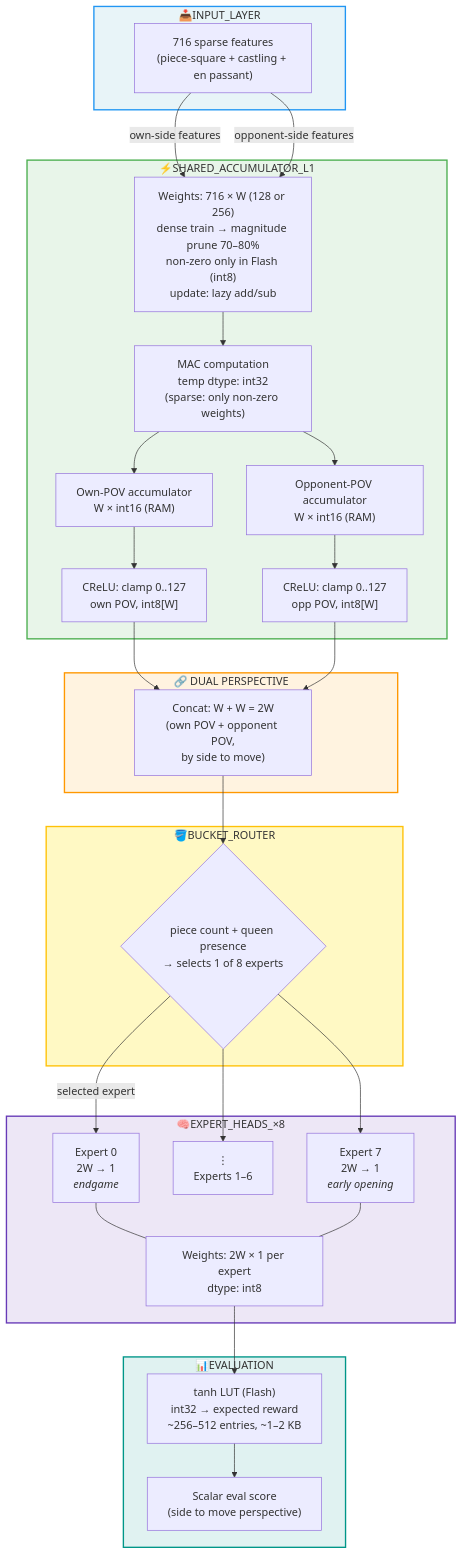
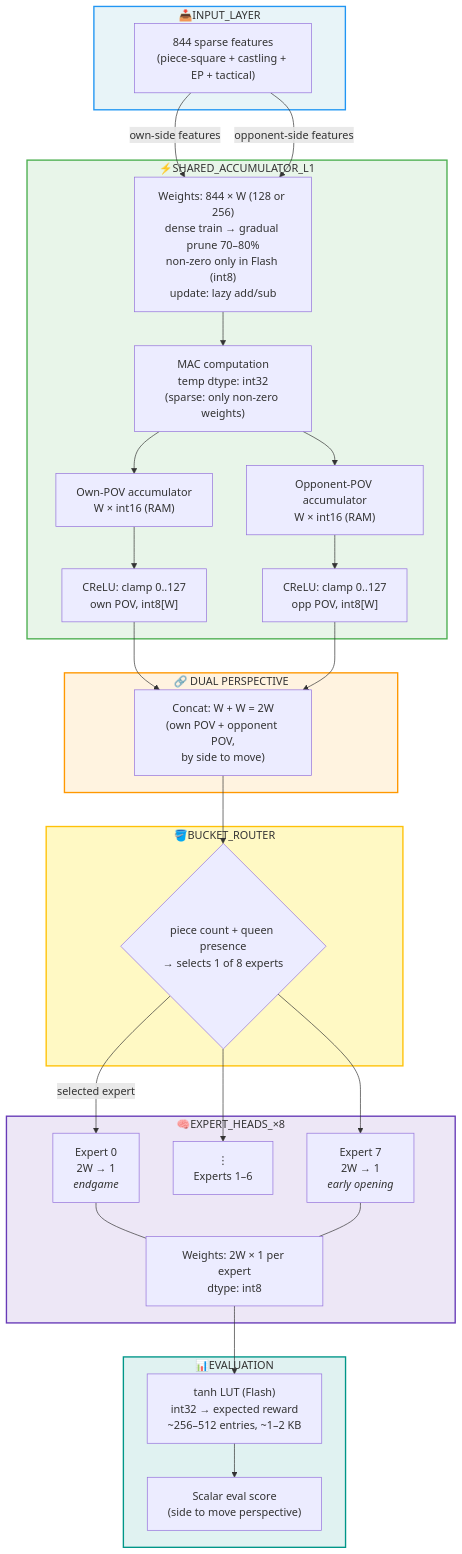
One commit to Omega97/TinyML_Internship changed the third of 3 diagrams in NOTES/SARDINE Engine Blueprint.md. Above: the diagram before and after it, drawn with Mermaid. The commit also changed other lines of this file, not shown here.

````diff
--- a/NOTES/SARDINE Engine Blueprint.md
+++ b/NOTES/SARDINE Engine Blueprint.md
@@ -123,51 +125,51 @@
 ```mermaid
 flowchart TD
      subgraph INPUT["📥INPUT_LAYER"]
-         X["716 sparse features<br/>(piece-square + castling + en passant)"]
+         X["844 sparse features<br/>(piece-square + castling + EP + tactical)"]
      end
      subgraph ACC["⚡SHARED_ACCUMULATOR_L1"]
-         W["Weights: 716 × W (128 or 256)<br/>dense train → magnitude prune 70–80%<br/>non-zero only in Flash (int8)<br/>update: lazy add/sub"]
+         W["Weights: 844 × W (128 or 256)<br/>dense train → gradual prune 70–80%<br/>non-zero only in Flash (int8)<br/>update: lazy add/sub"]
          MAC["MAC computation<br/>temp dtype: int32<br/>(sparse: only non-zero weights)"]
          A1["Own-POV accumulator<br/>W × int16 (RAM)"]
          A2["Opponent-POV accumulator<br/>W × int16 (RAM)"]
          C1["CReLU: clamp 0..127<br/>own POV, int8[W]"]
          C2["CReLU: clamp 0..127<br/>opp POV, int8[W]"]
          W --> MAC
          MAC --> A1 --> C1
          MAC --> A2 --> C2
      end
      subgraph CONCAT["🔗 DUAL PERSPECTIVE"]
          D["Concat: W + W = 2W<br/>(own POV + opponent POV,<br/>by side to move)"]
      end
      subgraph ROUTER["🪣BUCKET_ROUTER"]
          R{"piece count + queen presence<br/>→ selects 1 of 8 experts"}
      end
      subgraph EXPERTS["🧠EXPERT_HEADS_×8"]
          E0["Expert 0<br/>2W → 1<br/><i>endgame</i>"]
          ELLIPSIS["⋮<br/>Experts 1–6"]
          E7["Expert 7<br/>2W → 1<br/><i>early opening</i>"]
          EW["Weights: 2W × 1 per expert<br/>dtype: int8"]
          E0 --- EW
          E7 --- EW
      end
      subgraph OUT["📊EVALUATION"]
          LUT["tanh LUT (Flash)<br/>int32 → expected reward<br/>~256–512 entries, ~1–2 KB"]
          Y["Scalar eval score<br/>(side to move perspective)"]
          LUT --> Y
      end
      X -->|"own-side features"| W
      X -->|"opponent-side features"| W
      C1 --> D
      C2 --> D
      D --> R
      R -->|"selected expert"| E0
      R --> ELLIPSIS
      R --> E7
      EW --> LUT
      style INPUT fill:#e8f4f8,stroke:#2196F3,stroke-width:2px
      style ACC fill:#e8f5e9,stroke:#4CAF50,stroke-width:2px
      style CONCAT fill:#fff3e0,stroke:#FF9800,stroke-width:2px
      style ROUTER fill:#fff9c4,stroke:#FFC107,stroke-width:2px
      style EXPERTS fill:#ede7f6,stroke:#673AB7,stroke-width:2px
      style OUT fill:#e0f2f1,stroke:#009688,stroke-width:2px
 ```
````
